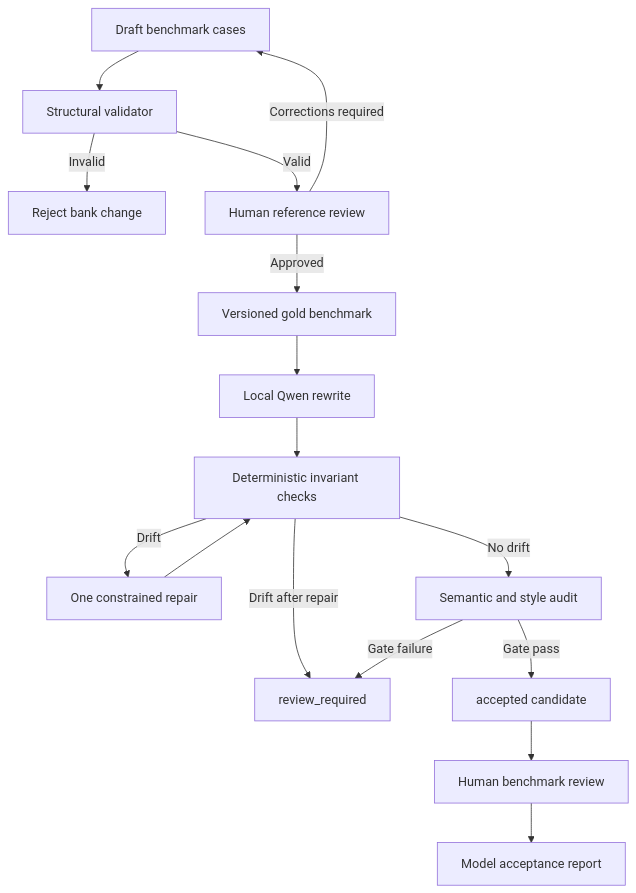
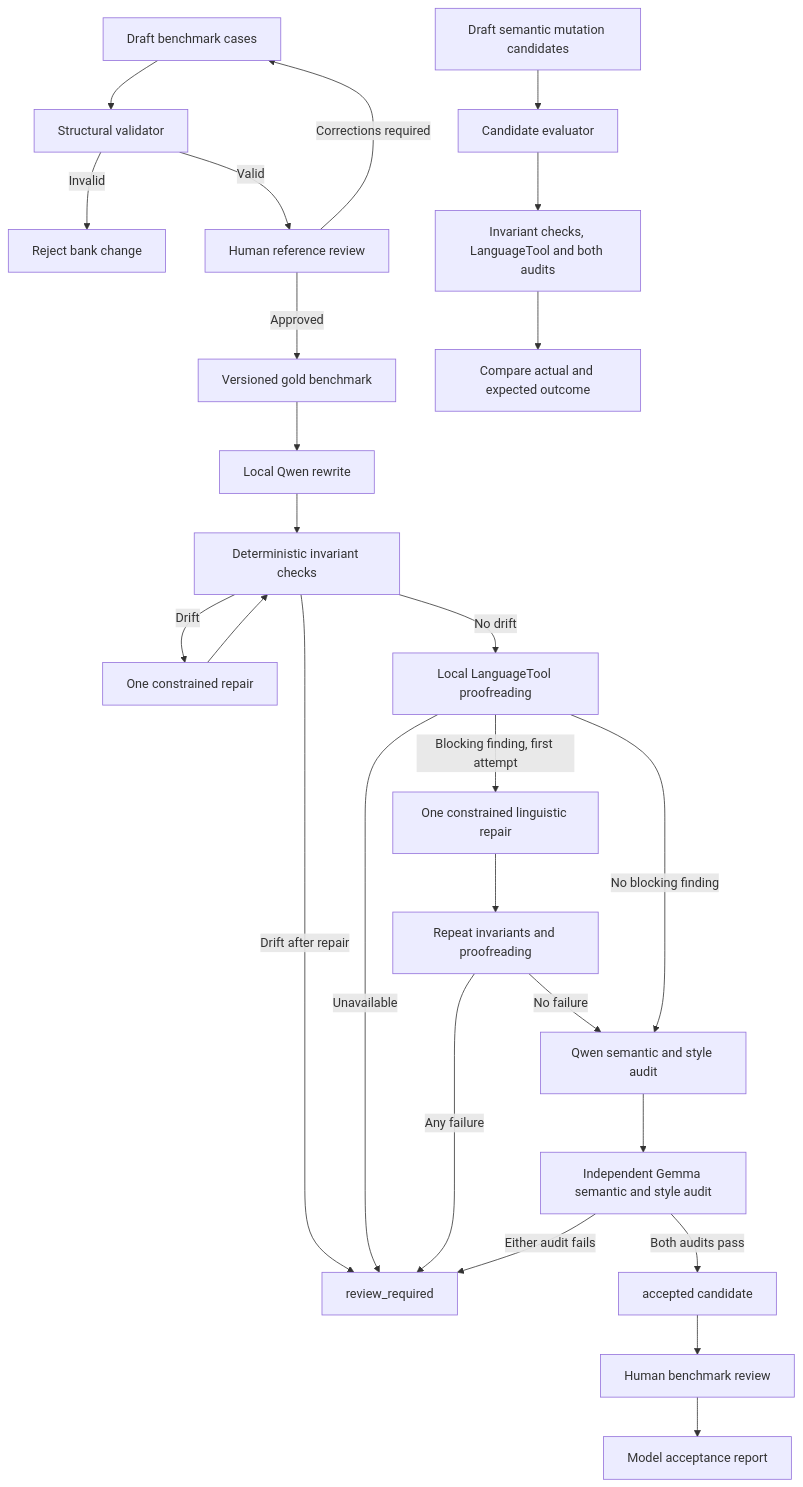
Before and after one commit to Nain9Dev/NainWrite: the diagram in docs/03-architecture.md, drawn with Mermaid. The commit also changed other lines of this file and 35 other files, not shown here.

Commit message:
feat: add independent local Spanish quality gates

````diff
--- a/docs/03-architecture.md
+++ b/docs/03-architecture.md
@@ -5,18 +5,28 @@
 ```mermaid
 flowchart TD
     A[Draft benchmark cases] --> B[Structural validator]
     B -->|Invalid| C[Reject bank change]
     B -->|Valid| D[Human reference review]
     D -->|Corrections required| A
     D -->|Approved| E[Versioned gold benchmark]
     E --> F[Local Qwen rewrite]
     F --> G[Deterministic invariant checks]
     G -->|Drift| H[One constrained repair]
     H --> G
     G -->|Drift after repair| I[review_required]
-    G -->|No drift| J[Semantic and style audit]
-    J -->|Gate failure| I
-    J -->|Gate pass| K[accepted candidate]
+    G -->|No drift| P[Local LanguageTool proofreading]
+    P -->|Unavailable| I
+    P -->|Blocking finding, first attempt| R[One constrained linguistic repair]
+    R --> S2[Repeat invariants and proofreading]
+    S2 -->|Any failure| I
+    S2 -->|No failure| J
+    P -->|No blocking finding| J[Qwen semantic and style audit]
+    J --> N[Independent Gemma semantic and style audit]
+    N -->|Either audit fails| I
+    N -->|Both audits pass| K[accepted candidate]
     K --> L[Human benchmark review]
     L --> M[Model acceptance report]
+    S[Draft semantic mutation candidates] --> T[Candidate evaluator]
+    T --> U[Invariant checks, LanguageTool and both audits]
+    U --> V[Compare actual and expected outcome]
 ```
````
